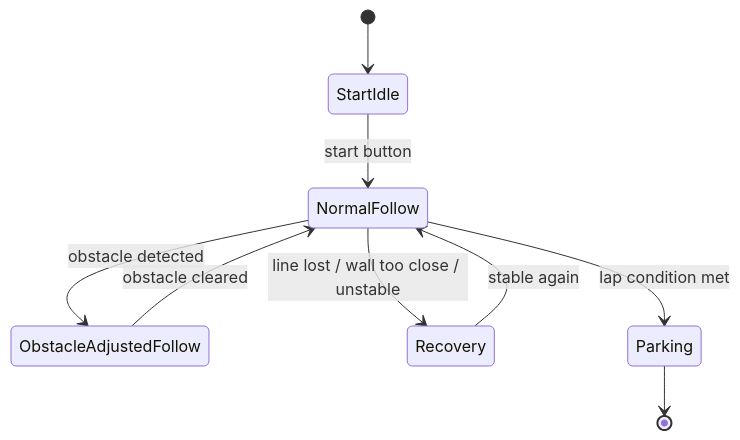
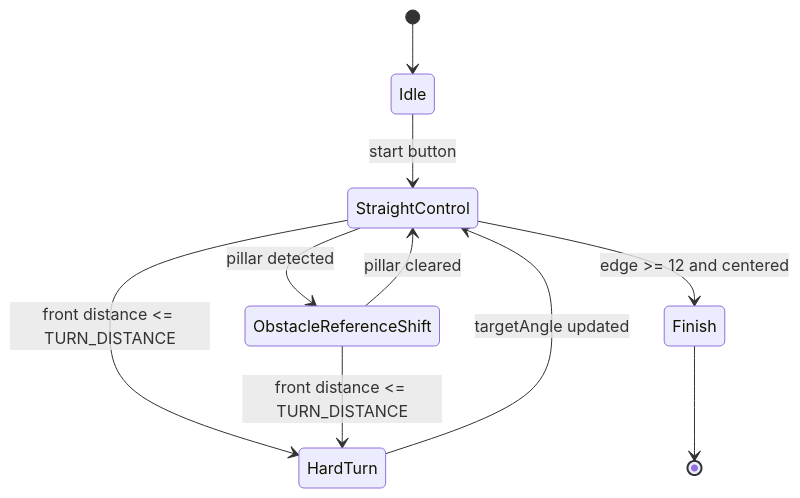
The diagram in docs/code/software_flow_and_state_logic.md (domas-cloud/wro2026-future-engineers-KU-STEAM-Pinkies), drawn with Mermaid before and after one commit. The commit also changed other lines of this file and 64 other files, not shown here.

````diff
--- a/docs/code/software_flow_and_state_logic.md
+++ b/docs/code/software_flow_and_state_logic.md
@@ -281,11 +104,12 @@
 ```mermaid
 stateDiagram-v2
-    [*] --> StartIdle
-    StartIdle --> NormalFollow: start button
-    NormalFollow --> ObstacleAdjustedFollow: obstacle detected
-    ObstacleAdjustedFollow --> NormalFollow: obstacle cleared
-    NormalFollow --> Recovery: line lost / wall too close / unstable
-    Recovery --> NormalFollow: stable again
-    NormalFollow --> Parking: lap condition met
-    Parking --> [*]
+    [*] --> Idle
+    Idle --> StraightControl: start button
+    StraightControl --> ObstacleReferenceShift: pillar detected
+    ObstacleReferenceShift --> StraightControl: pillar cleared
+    StraightControl --> HardTurn: front distance <= TURN_DISTANCE
+    ObstacleReferenceShift --> HardTurn: front distance <= TURN_DISTANCE
+    HardTurn --> StraightControl: targetAngle updated
+    StraightControl --> Finish: edge >= 12 and centered
+    Finish --> [*]
 ```
````
